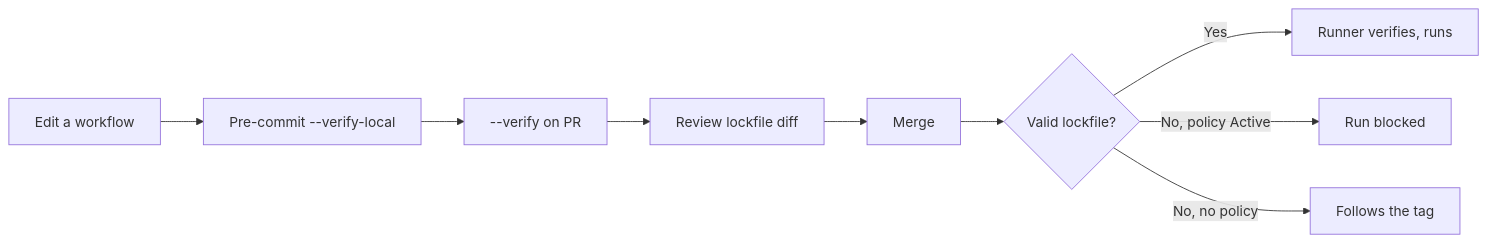
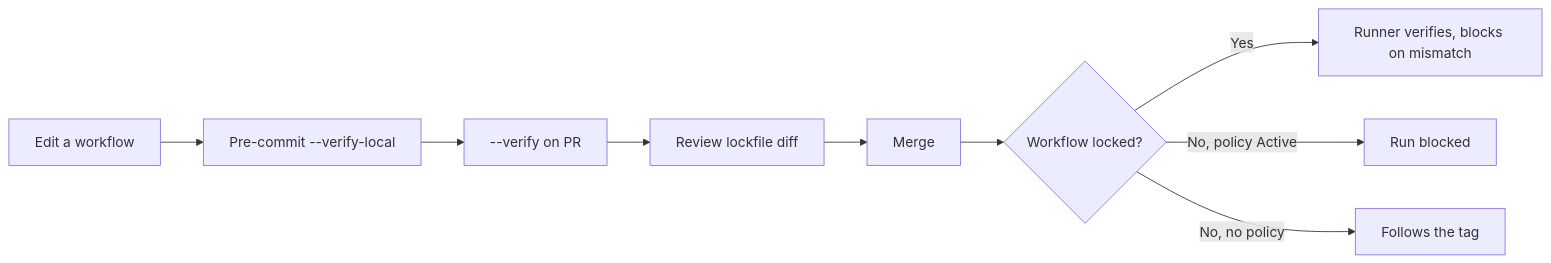
Before and after one commit to justmaocom/justmaocom.github.io: the third of 3 diagrams in _posts/en/2026-11-14-gh-actions-lock-workflow-lockfile.md, drawn with Mermaid. The commit also changed other lines of this file and 8 other files, not shown here.

````diff
--- a/_posts/en/2026-11-14-gh-actions-lock-workflow-lockfile.md
+++ b/_posts/en/2026-11-14-gh-actions-lock-workflow-lockfile.md
@@ -422,11 +424,11 @@
 ```mermaid
 flowchart LR
   A[Edit a workflow] --> B["Pre-commit --verify-local"]
   B --> C["--verify on PR"]
   C --> D[Review lockfile diff]
   D --> E[Merge]
-  E --> F{Valid lockfile?}
-  F -->|Yes| G[Runner verifies, runs]
+  E --> F{Workflow locked?}
+  F -->|Yes| G["Runner verifies, blocks on mismatch"]
   F -->|No, policy Active| H[Run blocked]
   F -->|No, no policy| I[Follows the tag]
 ```
````
